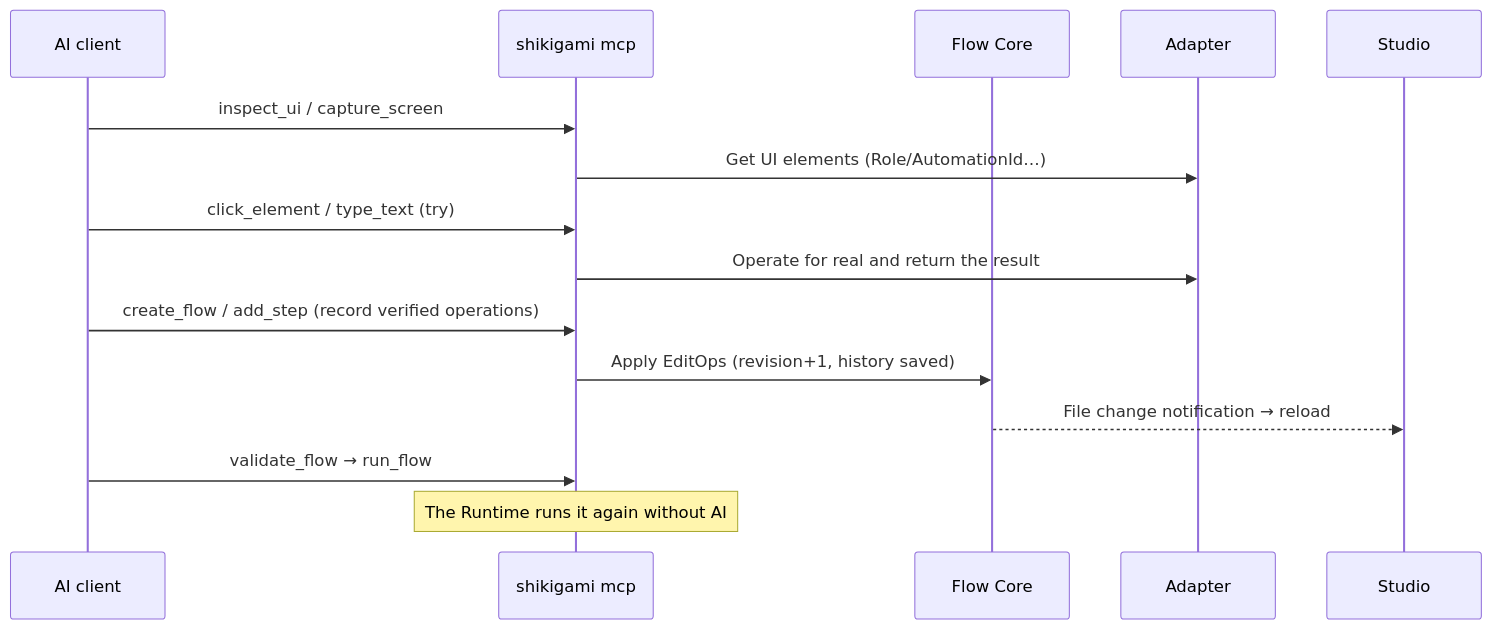
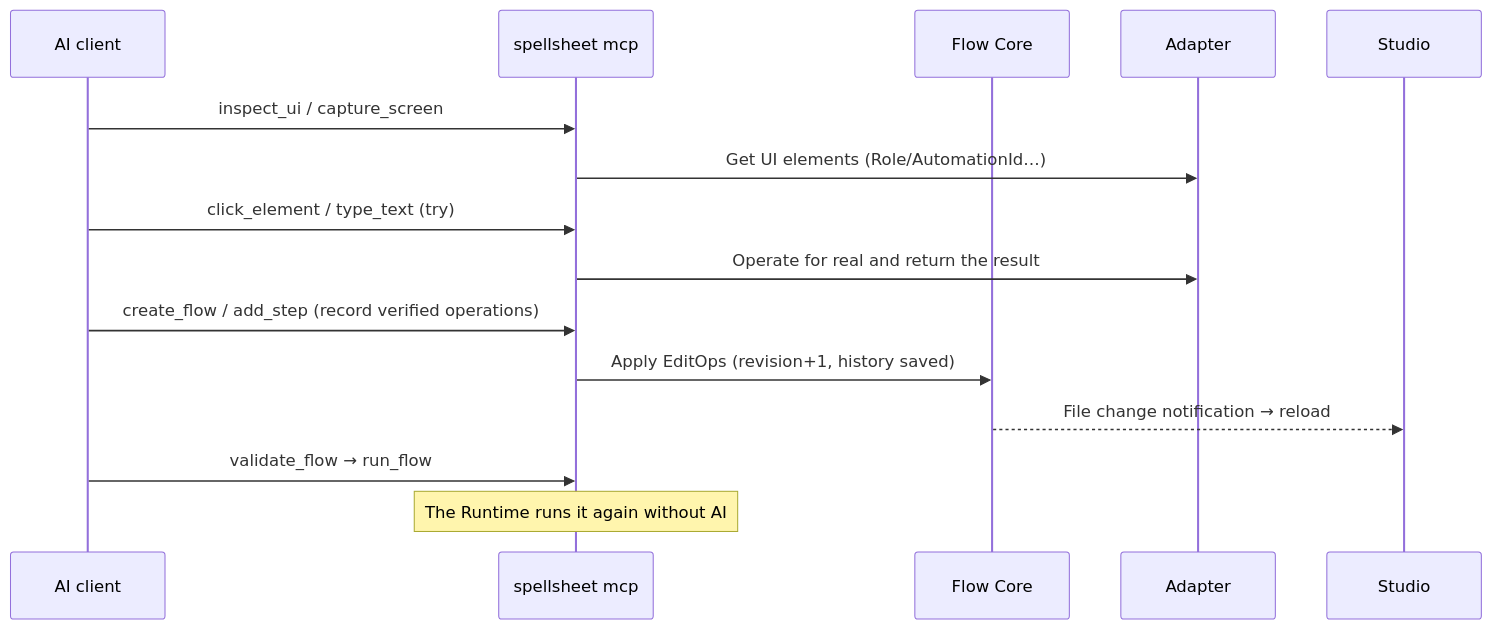
The second of 2 diagrams in docs/architecture.md (d-shiina/shikigami), drawn with Mermaid before and after one commit. The commit also changed other lines of this file and 75 other files, not shown here.

First line of the commit message:
コマンドを spellsheet に（shikigami.exe も同じものとして同梱）

````diff
--- a/docs/architecture.md
+++ b/docs/architecture.md
@@ -70,17 +70,17 @@
 ```mermaid
 sequenceDiagram
   participant AI as AI client
-  participant M as shikigami mcp
+  participant M as spellsheet mcp
   participant C as Flow Core
   participant A as Adapter
   participant S as Studio
   AI->>M: inspect_ui / capture_screen
   M->>A: Get UI elements (Role/AutomationId…)
   AI->>M: click_element / type_text (try)
   M->>A: Operate for real and return the result
   AI->>M: create_flow / add_step (record verified operations)
   M->>C: Apply EditOps (revision+1, history saved)
   C-->>S: File change notification → reload
   AI->>M: validate_flow → run_flow
   Note over M: The Runtime runs it again without AI
 ```
````
